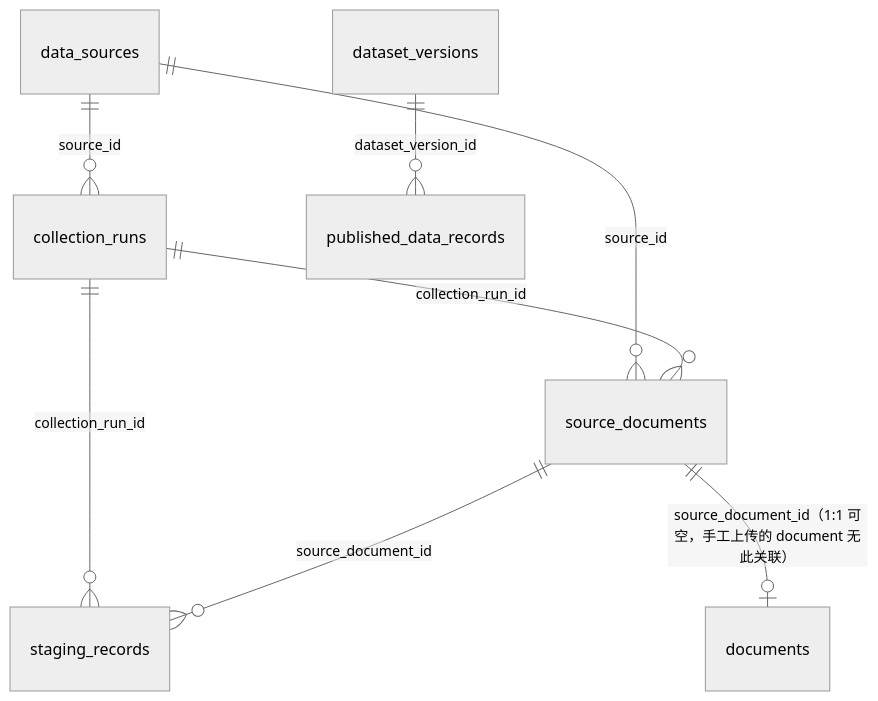
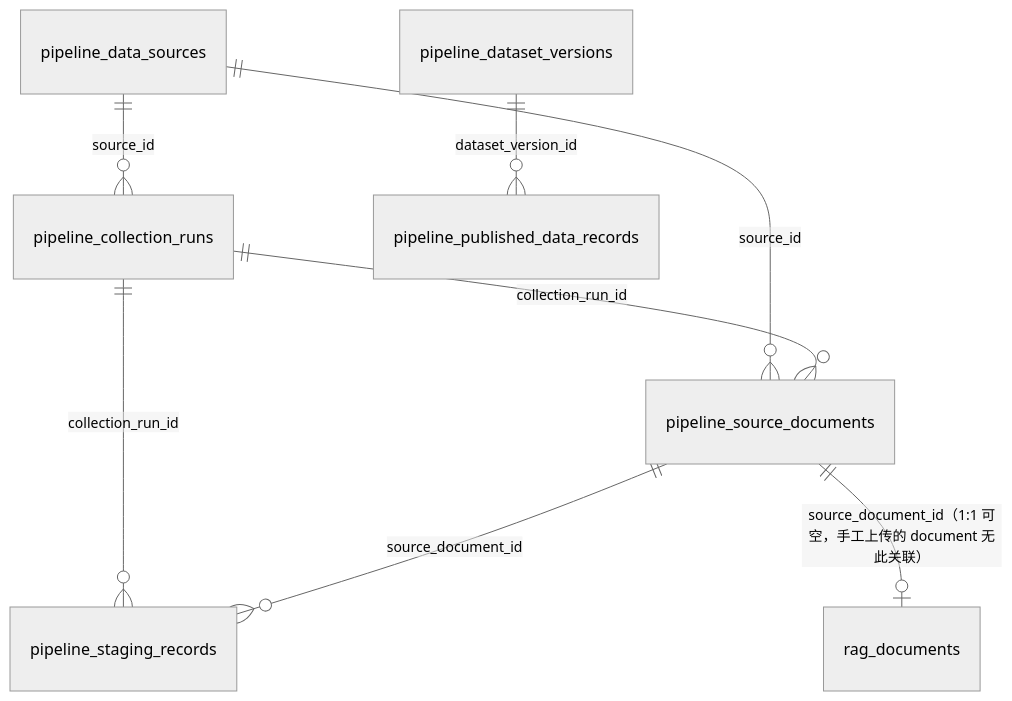
Before and after one commit to debugzhao/jin-guide: the fourth of 5 diagrams in backend/app/models/doc/database_schema.md, drawn with Mermaid (neutral theme). The commit also changed other lines of this file and 14 other files, not shown here.

````diff
--- a/backend/app/models/doc/database_schema.md
+++ b/backend/app/models/doc/database_schema.md
@@ -99,10 +99,10 @@
 ```mermaid
 erDiagram
-    data_sources ||--o{ collection_runs : "source_id"
-    data_sources ||--o{ source_documents : "source_id"
-    collection_runs ||--o{ source_documents : "collection_run_id"
-    collection_runs ||--o{ staging_records : "collection_run_id"
-    source_documents ||--o{ staging_records : "source_document_id"
-    source_documents ||--o| documents : "source_document_id（1:1 可空，手工上传的 document 无此关联）"
-    dataset_versions ||--o{ published_data_records : "dataset_version_id"
+    pipeline_data_sources ||--o{ pipeline_collection_runs : "source_id"
+    pipeline_data_sources ||--o{ pipeline_source_documents : "source_id"
+    pipeline_collection_runs ||--o{ pipeline_source_documents : "collection_run_id"
+    pipeline_collection_runs ||--o{ pipeline_staging_records : "collection_run_id"
+    pipeline_source_documents ||--o{ pipeline_staging_records : "source_document_id"
+    pipeline_source_documents ||--o| rag_documents : "source_document_id（1:1 可空，手工上传的 document 无此关联）"
+    pipeline_dataset_versions ||--o{ pipeline_published_data_records : "dataset_version_id"
 ```
````
